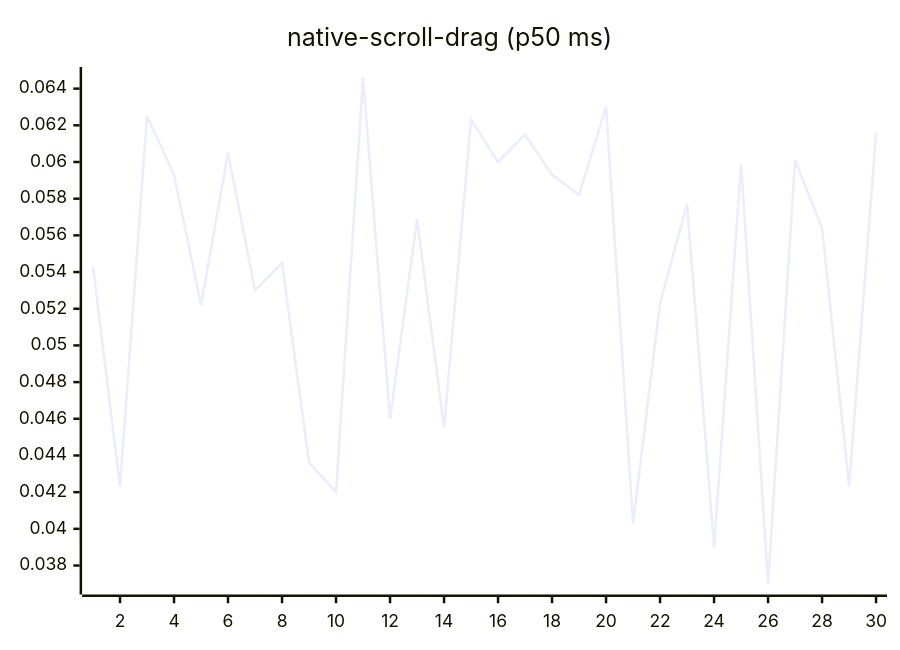
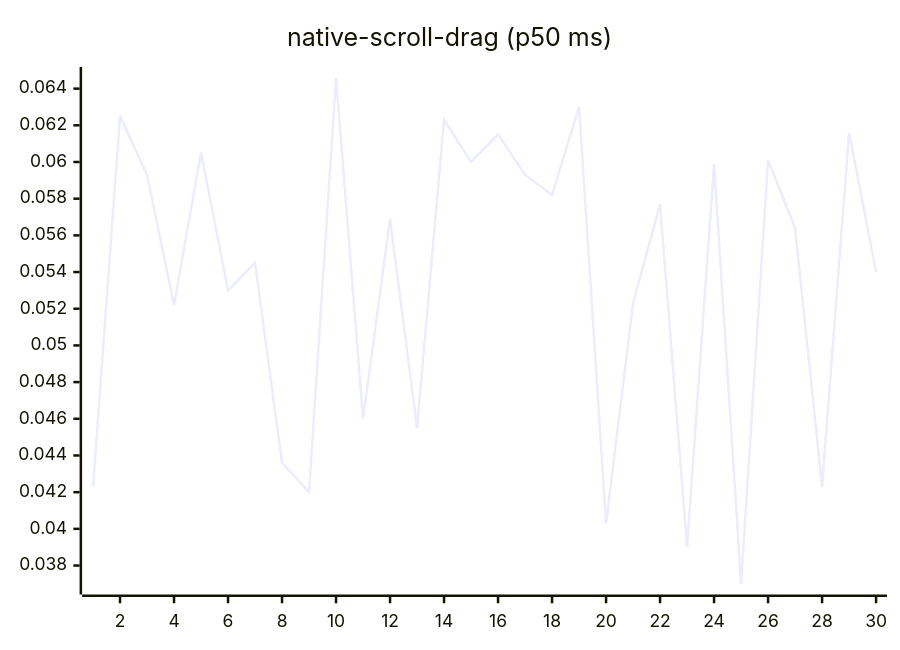
Before and after one commit to josha/Facet: diagram 14 of 27 in README.md, drawn with Mermaid. The commit also changed other lines of this file and 2 other files, not shown here.

````diff
--- a/README.md
+++ b/README.md
@@ -154,6 +154,6 @@
 ```mermaid
 xychart-beta
     title "native-scroll-drag (p50 ms)"
     x-axis 1 --> 30
-    line [0.0543, 0.0423, 0.0625, 0.0593, 0.0522, 0.0605, 0.0530, 0.0545, 0.0436, 0.0420, 0.0646, 0.0460, 0.0569, 0.0455, 0.0623, 0.0600, 0.0615, 0.0593, 0.0582, 0.0630, 0.0403, 0.0523, 0.0577, 0.0390, 0.0599, 0.0370, 0.0601, 0.0564, 0.0423, 0.0616]
+    line [0.0423, 0.0625, 0.0593, 0.0522, 0.0605, 0.0530, 0.0545, 0.0436, 0.0420, 0.0646, 0.0460, 0.0569, 0.0455, 0.0623, 0.0600, 0.0615, 0.0593, 0.0582, 0.0630, 0.0403, 0.0523, 0.0577, 0.0390, 0.0599, 0.0370, 0.0601, 0.0564, 0.0423, 0.0616, 0.0540]
 ```
````
